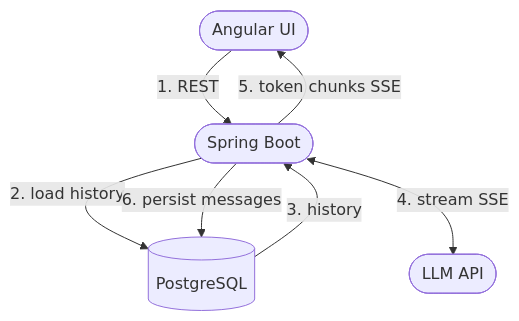
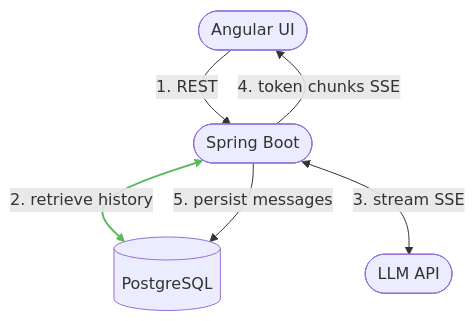
The diagram in diagram/sherlock_memory.md (mchurakou/sherlock), drawn with Mermaid before and after one commit. The commit also changed 9 other files, not shown here.

````diff
--- a/diagram/sherlock_memory.md
+++ b/diagram/sherlock_memory.md
@@ -3,14 +3,15 @@
 ```mermaid
 graph TB
     UI(["Angular UI"])
     BE(["Spring Boot"])
     DB[("PostgreSQL")]
     LLM(["LLM API"])
 
     UI -->|"1. REST"| BE
-    BE -->|"2. load history"| DB
-    DB -->|"3. history"| BE
-    BE <-->|"4. stream SSE"| LLM
-    BE -->|"5. token chunks SSE"| UI
-    BE -->|"6. persist messages"| DB
+    BE <-->|"2. retrieve history"| DB
+    BE <-->|"3. stream SSE"| LLM
+    BE -->|"4. token chunks SSE"| UI
+    BE -->|"5. persist messages"| DB
+
+    linkStyle 1 stroke:#5cb85c,stroke-width:2px
 ```
````
